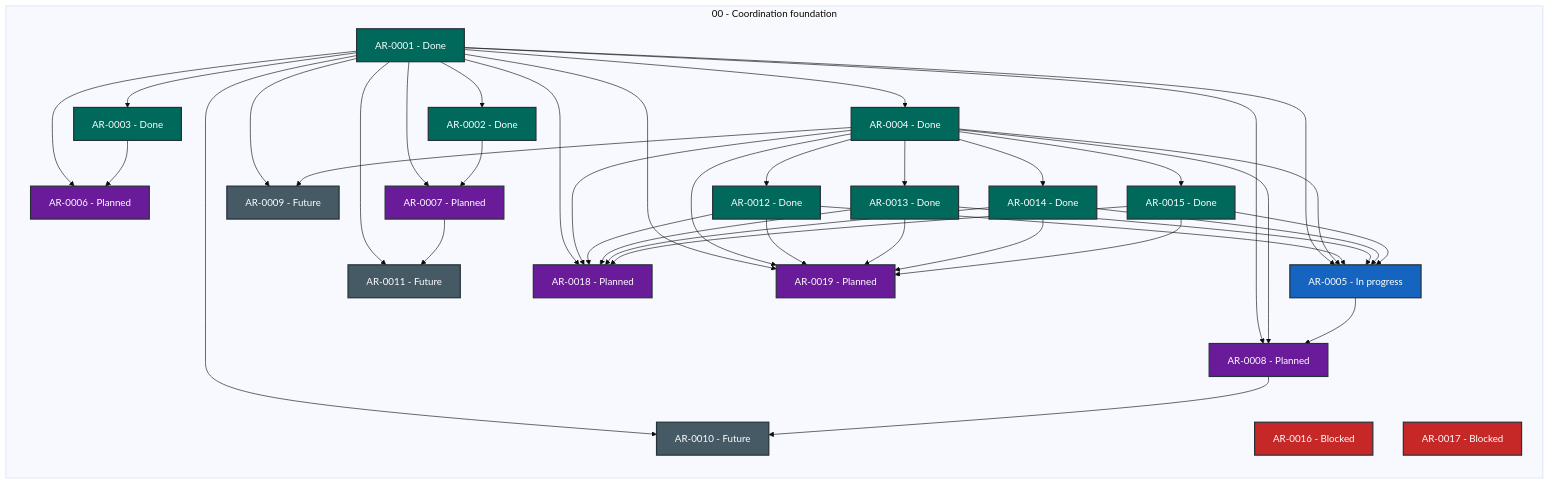
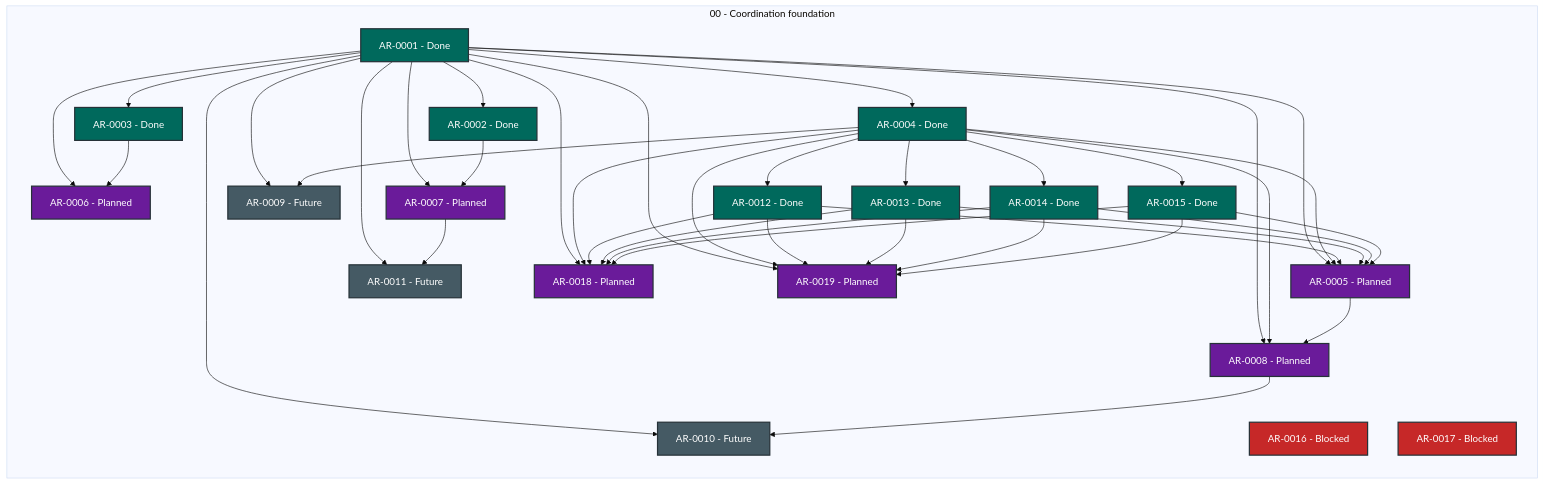
The diagram in STATUS.md (martin-beck/agent-workflow-quality-state), drawn with Mermaid (base theme) before and after one commit. The commit also changed other lines of this file and 2 other files, not shown here.

````diff
--- a/STATUS.md
+++ b/STATUS.md
@@ -27,71 +27,71 @@
 ```mermaid
 flowchart LR
     subgraph series_00["00 - Coordination foundation"]
         direction TB
         AR_0001["AR-0001 - Done"]:::status_done
         AR_0002["AR-0002 - Done"]:::status_done
         AR_0003["AR-0003 - Done"]:::status_done
         AR_0004["AR-0004 - Done"]:::status_done
-        AR_0005["AR-0005 - In progress"]:::status_in_progress
+        AR_0005["AR-0005 - Planned"]:::status_planned
         AR_0006["AR-0006 - Planned"]:::status_planned
         AR_0007["AR-0007 - Planned"]:::status_planned
         AR_0008["AR-0008 - Planned"]:::status_planned
         AR_0009["AR-0009 - Future"]:::status_future
         AR_0010["AR-0010 - Future"]:::status_future
         AR_0011["AR-0011 - Future"]:::status_future
         AR_0012["AR-0012 - Done"]:::status_done
         AR_0013["AR-0013 - Done"]:::status_done
         AR_0014["AR-0014 - Done"]:::status_done
         AR_0015["AR-0015 - Done"]:::status_done
         AR_0016["AR-0016 - Blocked"]:::status_blocked
         AR_0017["AR-0017 - Blocked"]:::status_blocked
         AR_0018["AR-0018 - Planned"]:::status_planned
         AR_0019["AR-0019 - Planned"]:::status_planned
     end
     AR_0001 --> AR_0002
     AR_0001 --> AR_0003
     AR_0001 --> AR_0004
     AR_0001 --> AR_0005
     AR_0001 --> AR_0006
     AR_0001 --> AR_0007
     AR_0001 --> AR_0008
     AR_0001 --> AR_0009
     AR_0001 --> AR_0010
     AR_0001 --> AR_0011
     AR_0001 --> AR_0018
     AR_0001 --> AR_0019
     AR_0002 --> AR_0007
     AR_0003 --> AR_0006
     AR_0004 --> AR_0005
     AR_0004 --> AR_0008
     AR_0004 --> AR_0009
     AR_0004 --> AR_0012
     AR_0004 --> AR_0013
     AR_0004 --> AR_0014
     AR_0004 --> AR_0015
     AR_0004 --> AR_0018
     AR_0004 --> AR_0019
     AR_0005 --> AR_0008
     AR_0007 --> AR_0011
     AR_0008 --> AR_0010
     AR_0012 --> AR_0005
     AR_0012 --> AR_0018
     AR_0012 --> AR_0019
     AR_0013 --> AR_0005
     AR_0013 --> AR_0018
     AR_0013 --> AR_0019
     AR_0014 --> AR_0005
     AR_0014 --> AR_0018
     AR_0014 --> AR_0019
     AR_0015 --> AR_0005
     AR_0015 --> AR_0018
     AR_0015 --> AR_0019
     classDef status_in_progress fill:#1565c0,color:#ffffff,stroke:#263238,stroke-width:2px
     classDef status_open fill:#2e7d32,color:#ffffff,stroke:#263238,stroke-width:2px
     classDef status_blocked fill:#c62828,color:#ffffff,stroke:#263238,stroke-width:2px
     classDef status_planned fill:#6a1b9a,color:#ffffff,stroke:#263238,stroke-width:2px
     classDef status_future fill:#455a64,color:#ffffff,stroke:#263238,stroke-width:2px
     classDef status_done fill:#00695c,color:#ffffff,stroke:#263238,stroke-width:2px
     classDef status_cancelled fill:#616161,color:#ffffff,stroke:#263238,stroke-width:2px
     classDef status_superseded fill:#5d4037,color:#ffffff,stroke:#263238,stroke-width:2px
 ```
````
